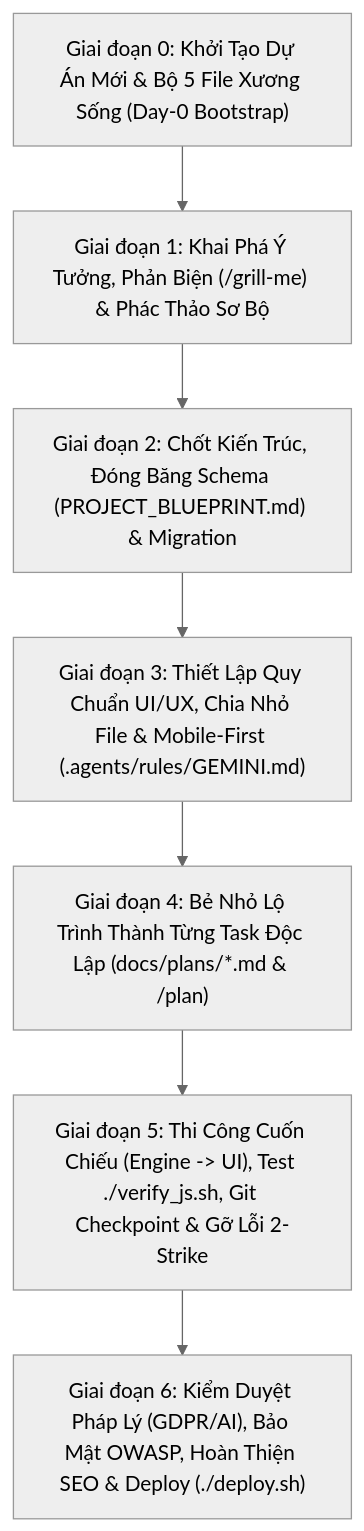
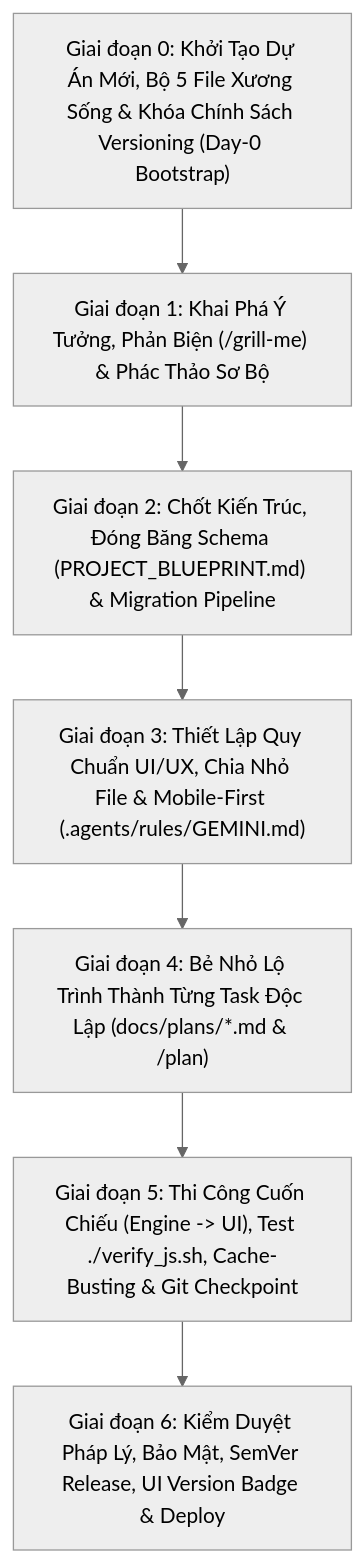
One commit to c4home/pyRetrait changed the diagram in docs/QUY_TRINH_PHAT_TRIEN_APP_BANG_ANTIGRAVITY.md. Above: the diagram before and after it, drawn with Mermaid (neutral theme). The commit also changed other lines of this file and 13 other files, not shown here.

````diff
--- a/docs/QUY_TRINH_PHAT_TRIEN_APP_BANG_ANTIGRAVITY.md
+++ b/docs/QUY_TRINH_PHAT_TRIEN_APP_BANG_ANTIGRAVITY.md
@@ -95,9 +104,9 @@
 ```mermaid
 flowchart TD
-    G0["Giai đoạn 0: Khởi Tạo Dự Án Mới & Bộ 5 File Xương Sống (Day-0 Bootstrap)"] --> G1["Giai đoạn 1: Khai Phá Ý Tưởng, Phản Biện (/grill-me) & Phác Thảo Sơ Bộ"]
-    G1 --> G2["Giai đoạn 2: Chốt Kiến Trúc, Đóng Băng Schema (PROJECT_BLUEPRINT.md) & Migration"]
+    G0["Giai đoạn 0: Khởi Tạo Dự Án Mới, Bộ 5 File Xương Sống & Khóa Chính Sách Versioning (Day-0 Bootstrap)"] --> G1["Giai đoạn 1: Khai Phá Ý Tưởng, Phản Biện (/grill-me) & Phác Thảo Sơ Bộ"]
+    G1 --> G2["Giai đoạn 2: Chốt Kiến Trúc, Đóng Băng Schema (PROJECT_BLUEPRINT.md) & Migration Pipeline"]
     G2 --> G3["Giai đoạn 3: Thiết Lập Quy Chuẩn UI/UX, Chia Nhỏ File & Mobile-First (.agents/rules/GEMINI.md)"]
     G3 --> G4["Giai đoạn 4: Bẻ Nhỏ Lộ Trình Thành Từng Task Độc Lập (docs/plans/*.md & /plan)"]
-    G4 --> G5["Giai đoạn 5: Thi Công Cuốn Chiếu (Engine -> UI), Test ./verify_js.sh, Git Checkpoint & Gỡ Lỗi 2-Strike"]
-    G5 --> G6["Giai đoạn 6: Kiểm Duyệt Pháp Lý (GDPR/AI), Bảo Mật OWASP, Hoàn Thiện SEO & Deploy (./deploy.sh)"]
+    G4 --> G5["Giai đoạn 5: Thi Công Cuốn Chiếu (Engine -> UI), Test ./verify_js.sh, Cache-Busting & Git Checkpoint"]
+    G5 --> G6["Giai đoạn 6: Kiểm Duyệt Pháp Lý, Bảo Mật, SemVer Release, UI Version Badge & Deploy"]
 ```
````
